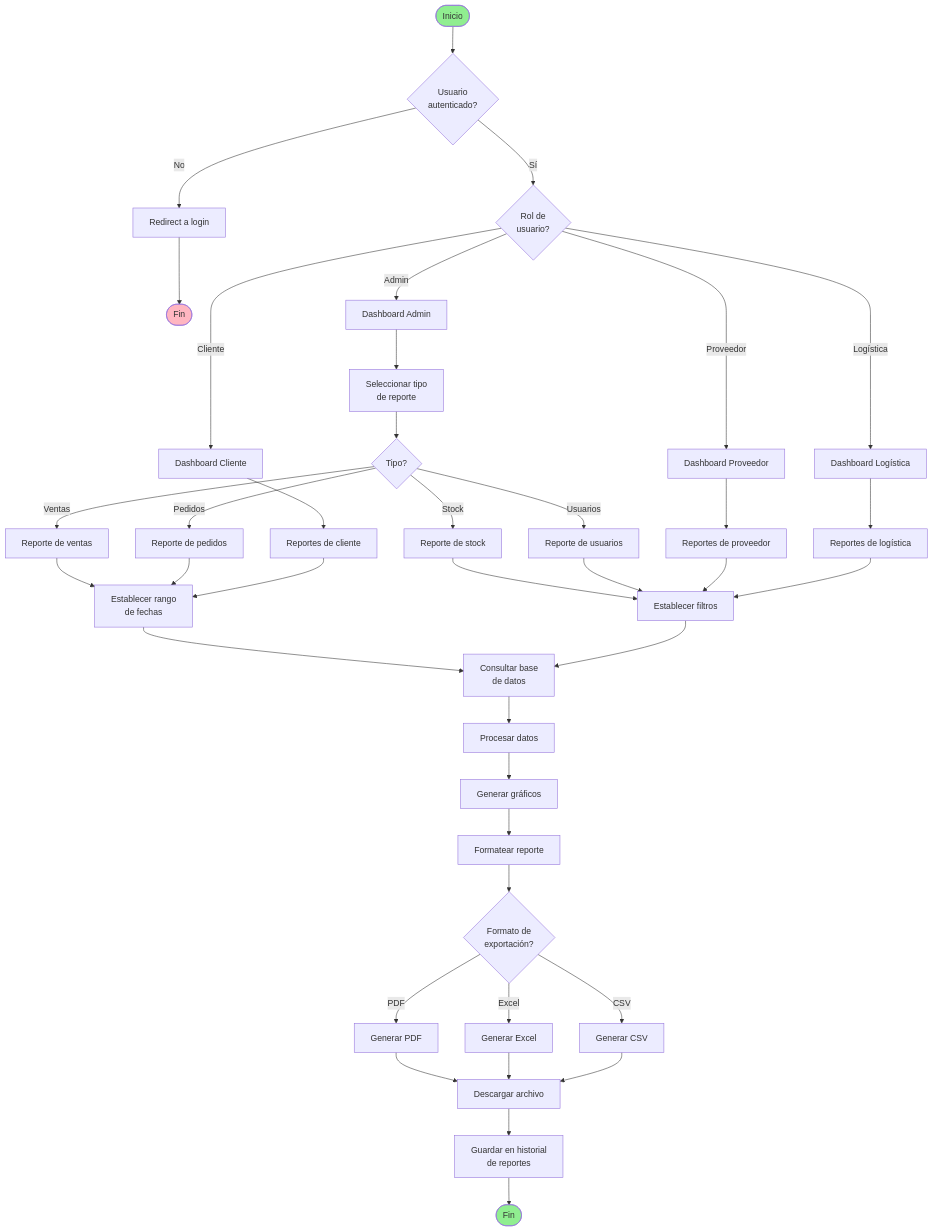
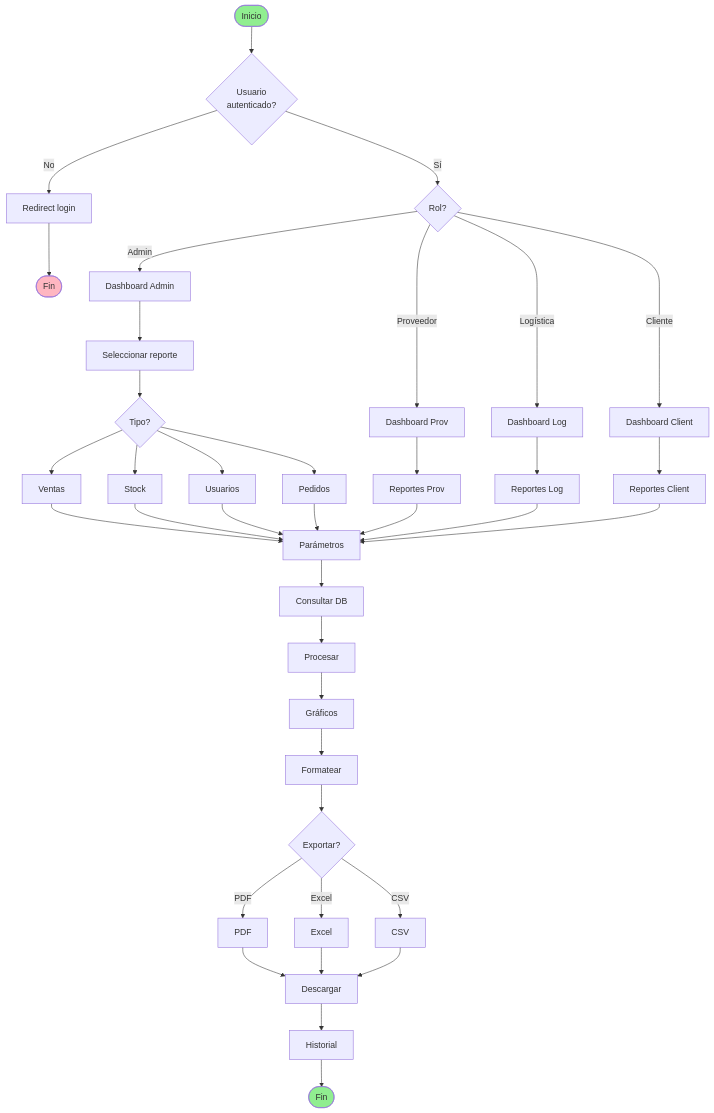
Before and after one commit to santi18melo/experticie: the sixth of 7 diagrams in docs/diagramas/DIAGRAMA_ACTIVIDAD.md, drawn with Mermaid. The commit also changed other lines of this file and 2 other files, not shown here.

Commit message:
docs: optimize diagrams to reduce crossing lines significantly and restore prod deps

````diff
--- a/docs/diagramas/DIAGRAMA_ACTIVIDAD.md
+++ b/docs/diagramas/DIAGRAMA_ACTIVIDAD.md
@@ -274,57 +279,54 @@
 ```mermaid
 flowchart TD
     Start([Inicio]) --> Login{Usuario<br/>autenticado?}
-    Login -->|No| RedirectLogin[Redirect a login]
+    Login -- No --> RedirectLogin[Redirect login]
     RedirectLogin --> End1([Fin])
     
-    Login -->|Sí| CheckRole{Rol de<br/>usuario?}
+    Login -->|Sí| CheckRole{Rol?}
     
     CheckRole -->|Admin| AdminDash[Dashboard Admin]
-    CheckRole -->|Proveedor| ProvDash[Dashboard Proveedor]
-    CheckRole -->|Logística| LogiDash[Dashboard Logística]
-    CheckRole -->|Cliente| ClientDash[Dashboard Cliente]
+    CheckRole -->|Proveedor| ProvDash[Dashboard Prov]
+    CheckRole -->|Logística| LogiDash[Dashboard Log]
+    CheckRole -->|Cliente| ClientDash[Dashboard Client]
     
-    AdminDash --> SelectReportType[Seleccionar tipo<br/>de reporte]
+    AdminDash --> SelectReportType[Seleccionar reporte]
     SelectReportType --> ReportType{Tipo?}
     
-    ReportType -->|Ventas| SalesReport[Reporte de ventas]
-    ReportType -->|Stock| StockReport[Reporte de stock]
-    ReportType -->|Usuarios| UsersReport[Reporte de usuarios]
-    ReportType -->|Pedidos| OrdersReport[Reporte de pedidos]
+    ReportType --> SalesReport[Ventas]
+    ReportType --> StockReport[Stock]
+    ReportType --> UsersReport[Usuarios]
+    ReportType --> OrdersReport[Pedidos]
     
-    SalesReport --> SetDateRange[Establecer rango<br/>de fechas]
-    StockReport --> SetFilters[Establecer filtros]
-    UsersReport --> SetFilters
-    OrdersReport --> SetDateRange
+    ProvDash --> ProvReports[Reportes Prov]
+    LogiDash --> LogiReports[Reportes Log]
+    ClientDash --> ClientReports[Reportes Client]
     
-    SetDateRange --> QueryDB[Consultar base<br/>de datos]
-    SetFilters --> QueryDB
+    SalesReport --> SetParams[Parámetros]
+    StockReport --> SetParams
+    UsersReport --> SetParams
+    OrdersReport --> SetParams
+    ProvReports --> SetParams
+    LogiReports --> SetParams
+    ClientReports --> SetParams
     
-    QueryDB --> ProcessData[Procesar datos]
-    ProcessData --> GenerateChart[Generar gráficos]
-    GenerateChart --> FormatReport[Formatear reporte]
+    SetParams --> QueryDB[Consultar DB]
+    QueryDB --> ProcessData[Procesar]
+    ProcessData --> GenerateChart[Gráficos]
+    GenerateChart --> FormatReport[Formatear]
     
-    FormatReport --> ExportFormat{Formato de<br/>exportación?}
-    ExportFormat -->|PDF| GenPDF[Generar PDF]
-    ExportFormat -->|Excel| GenExcel[Generar Excel]
-    ExportFormat -->|CSV| GenCSV[Generar CSV]
+    FormatReport --> ExportFormat{Exportar?}
+    ExportFormat -->|PDF| GenPDF[PDF]
+    ExportFormat -->|Excel| GenExcel[Excel]
+    ExportFormat -->|CSV| GenCSV[CSV]
     
-    GenPDF --> Download[Descargar archivo]
+    GenPDF --> Download[Descargar]
     GenExcel --> Download
     GenCSV --> Download
     
-    Download --> SaveHistory[Guardar en historial<br/>de reportes]
+    Download --> SaveHistory[Historial]
     SaveHistory --> End2([Fin])
-    
-    ProvDash --> ProvReports[Reportes de proveedor]
-    LogiDash --> LogiReports[Reportes de logística]
-    ClientDash --> ClientReports[Reportes de cliente]
-    
-    ProvReports --> SetFilters
-    LogiReports --> SetFilters
-    ClientReports --> SetDateRange
     
     style Start fill:#90EE90
     style End1 fill:#FFB6C1
     style End2 fill:#90EE90
 ```
````
